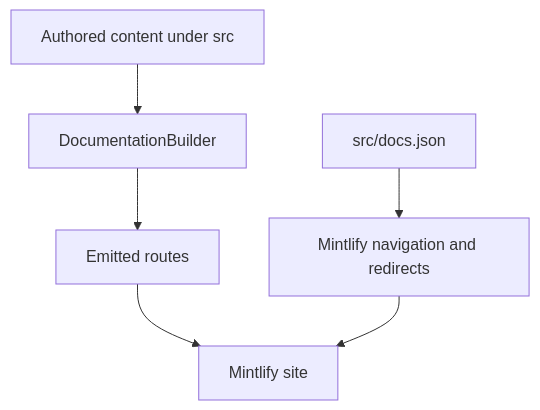
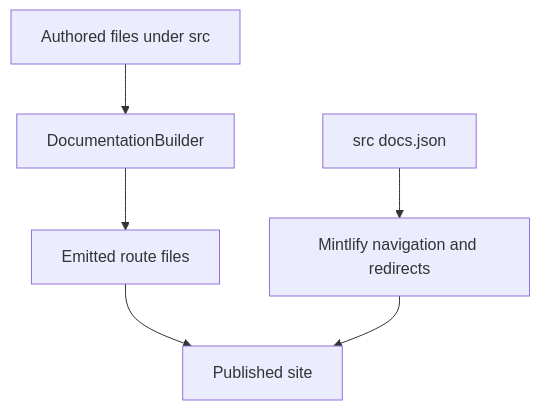
The diagram in openwiki/architecture/source-map.md (langchain-ai/docs), drawn with Mermaid before and after one commit. The commit also changed other lines of this file and 21 other files, not shown here.

````diff
--- a/openwiki/architecture/source-map.md
+++ b/openwiki/architecture/source-map.md
@@ -54,8 +50,8 @@
 ```mermaid
 flowchart TD
-    Source["Authored content under src"] --> Builder["DocumentationBuilder"]
-    Builder --> Routes["Emitted routes"]
-    Config["src/docs.json"] --> Nav["Mintlify navigation and redirects"]
-    Routes --> Site["Mintlify site"]
-    Nav --> Site
+    Source["Authored files under src"] --> Builder["DocumentationBuilder"]
+    Builder --> Routes["Emitted route files"]
+    Config["src docs.json"] --> Navigation["Mintlify navigation and redirects"]
+    Routes --> Site["Published site"]
+    Navigation --> Site
 ```
````
